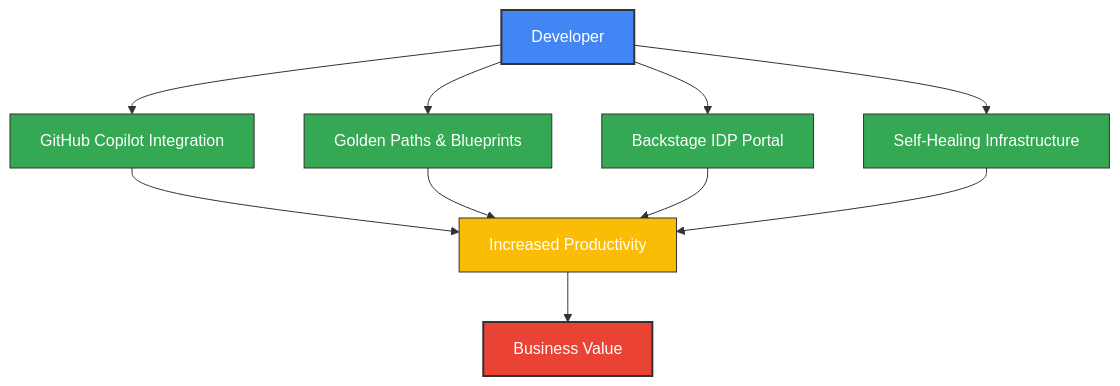
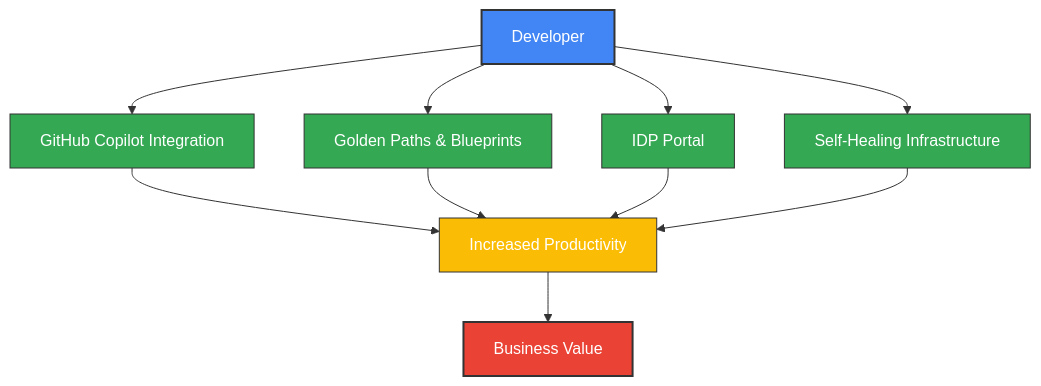
Before and after one commit to mrCDray/my-testing-repo: the first of 4 diagrams in notes.md, drawn with Mermaid. The commit also changed other lines of this file, not shown here.

````diff
--- a/notes.md
+++ b/notes.md
@@ -17,22 +22,22 @@
 ```mermaid
 flowchart TB
     A[Developer] --> B[GitHub Copilot Integration]
     A --> C[Golden Paths & Blueprints]
-    A --> D[Backstage IDP Portal]
+    A --> D[IDP Portal]
     A --> E[Self-Healing Infrastructure]
     
     B --> F[Increased Productivity]
     C --> F
     D --> F
     E --> F
     
     F --> G[Business Value]
     
     style A fill:#4285F4,stroke:#333,stroke-width:2px,color:white
     style B fill:#34A853,stroke:#333,stroke-width:1px,color:white
     style C fill:#34A853,stroke:#333,stroke-width:1px,color:white
     style D fill:#34A853,stroke:#333,stroke-width:1px,color:white
     style E fill:#34A853,stroke:#333,stroke-width:1px,color:white
     style F fill:#FBBC05,stroke:#333,stroke-width:1px,color:white
     style G fill:#EA4335,stroke:#333,stroke-width:2px,color:white
 ```
````
